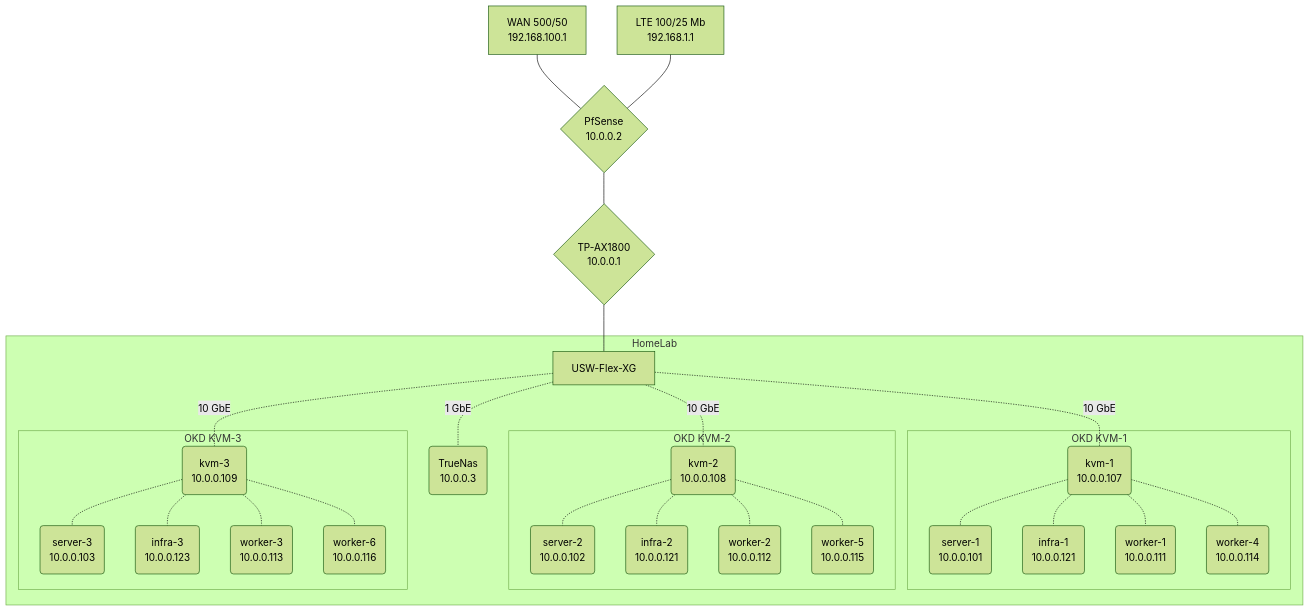
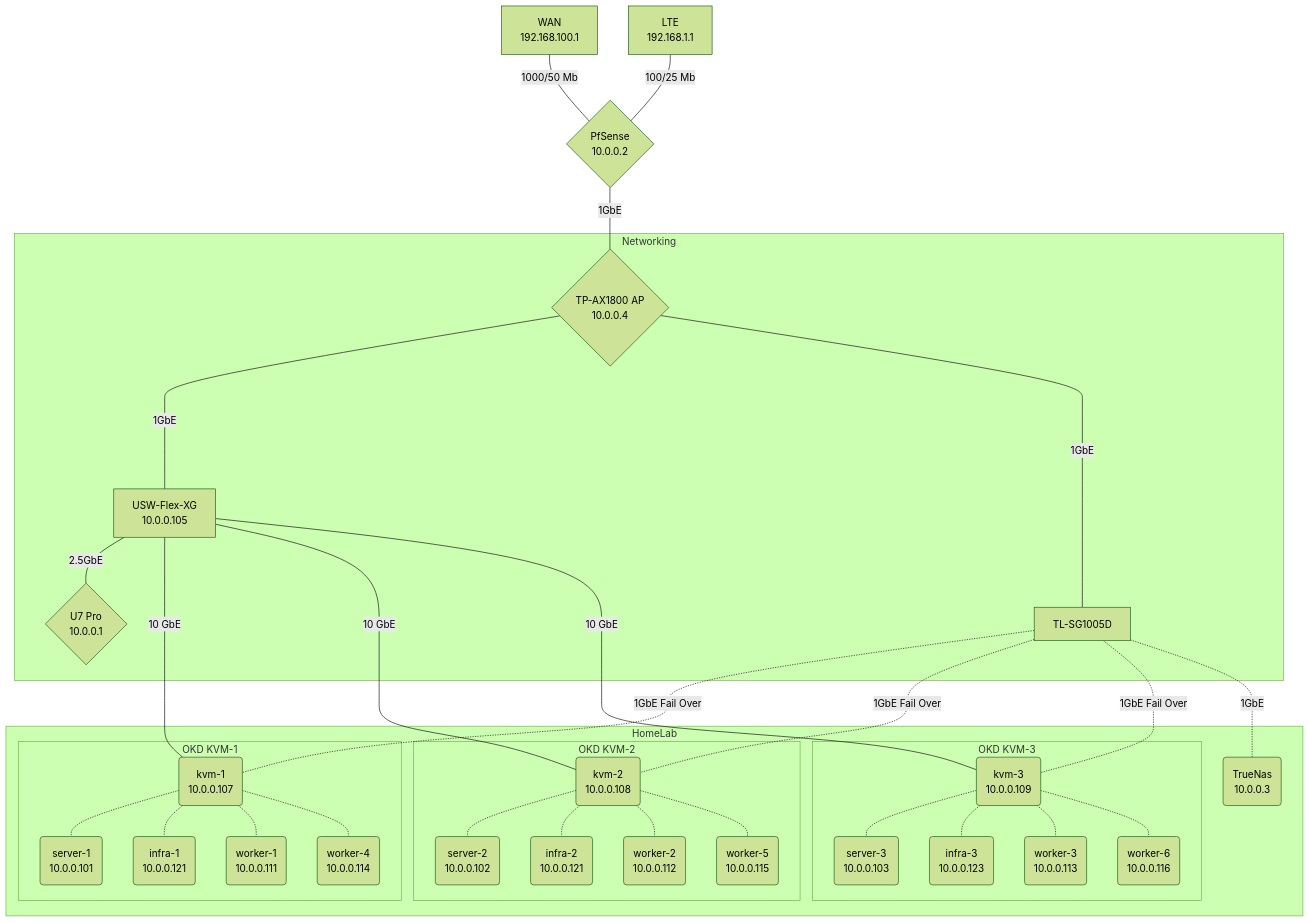
The diagram in README.md (ArthurVardevanyan/HomeLab), drawn with Mermaid (forest theme) before and after one commit.

Commit message:
feat: HA Networking Diagram Update

````diff
--- a/README.md
+++ b/README.md
@@ -98,34 +98,44 @@
 ```mermaid
 graph TD
  linkStyle default interpolate basis
 
-wan1[<center>WAN 500/50<br>192.168.100.1</center>]---router{<center>PfSense<br>10.0.0.2</center>}
-wan2[<center>LTE 100/25 Mb<br>192.168.1.1</center>]---router
-router---ap{<center>TP-AX1800<br>10.0.0.1</center>}
-ap---switch[<center>USW-Flex-XG</center>]
+wan1[<center>WAN<br>192.168.100.1</center>]---|1000/50 Mb|router{<center>PfSense<br>10.0.0.2</center>}
+wan2[<center>LTE<br>192.168.1.1</center>]---|100/25 Mb|router
+router---|1GbE|ap1{<center>TP-AX1800 AP<br>10.0.0.4</center>}
+
+subgraph Networking
+    switch10---|2.5GbE|ap2{<center>U7 Pro<br>10.0.0.1</center>}
+    ap1-----|1GbE|switch10[<center>USW-Flex-XG<br>10.0.0.105</center>]
+    ap1----|1GbE|switch1[<center>TL-SG1005D</center>]
+end
 
 subgraph HomeLab
-    switch-.-|1 GbE|truenas(<center>TrueNas<br>10.0.0.3</center>)
-    switch-.-|10 GbE|kvm-1(<center>kvm-1<br>10.0.0.107</center>)
-    switch-.-|10 GbE|kvm-2(<center>kvm-2<br>10.0.0.108</center>)
-    switch-.-|10 GbE|kvm-3(<center>kvm-3<br>10.0.0.109</center>)
+    switch1-.-|1GbE Fail Over|kvm-1(<center>kvm-1<br>10.0.0.107</center>)
+    switch1-.-|1GbE Fail Over|kvm-2(<center>kvm-2<br>10.0.0.108</center>)
+    switch1-.-|1GbE Fail Over|kvm-3(<center>kvm-3<br>10.0.0.109</center>)
+    switch1-.-|1GbE|truenas(<center>TrueNas<br>10.0.0.3</center>)
+
+
+    switch10----|10 GbE|kvm-1(<center>kvm-1<br>10.0.0.107</center>)
+    switch10----|10 GbE|kvm-2(<center>kvm-2<br>10.0.0.108</center>)
+    switch10----|10 GbE|kvm-3(<center>kvm-3<br>10.0.0.109</center>)
     subgraph OKD KVM-1
         kvm-1-.-server-1(<center>server-1<br>10.0.0.101</center>)
         kvm-1-.-infra-1(<center>infra-1<br>10.0.0.121</center>)
         kvm-1-.-worker-1(<center>worker-1<br>10.0.0.111</center>)
         kvm-1-.-worker-4(<center>worker-4<br>10.0.0.114</center>)
     end
     subgraph OKD KVM-2
         kvm-2-.-server-2(<center>server-2<br>10.0.0.102</center>)
         kvm-2-.-infra-2(<center>infra-2<br>10.0.0.121</center>)
         kvm-2-.-worker-2(<center>worker-2<br>10.0.0.112</center>)
         kvm-2-.-worker-5(<center>worker-5<br>10.0.0.115</center>)
     end
     subgraph OKD KVM-3
         kvm-3-.-server-3(<center>server-3<br>10.0.0.103</center>)
         kvm-3-.-infra-3(<center>infra-3<br>10.0.0.123</center>)
         kvm-3-.-worker-3(<center>worker-3<br>10.0.0.113</center>)
         kvm-3-.-worker-6(<center>worker-6<br>10.0.0.116</center>)
     end
 end
 ```
````
